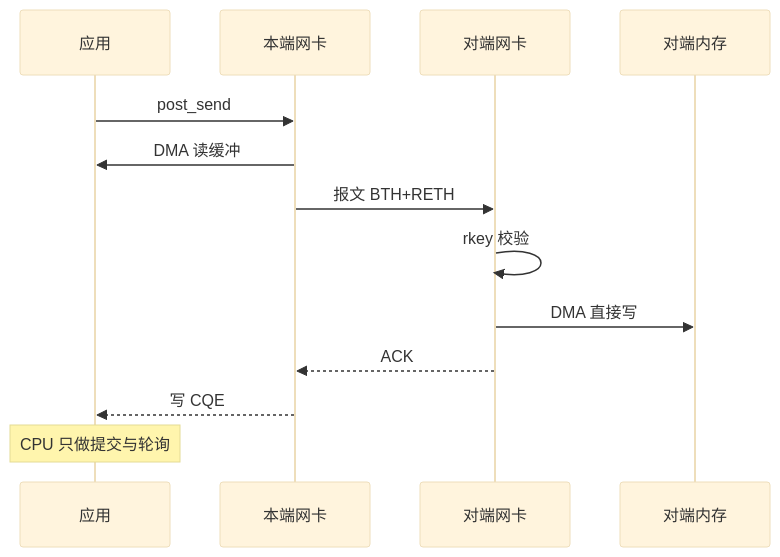
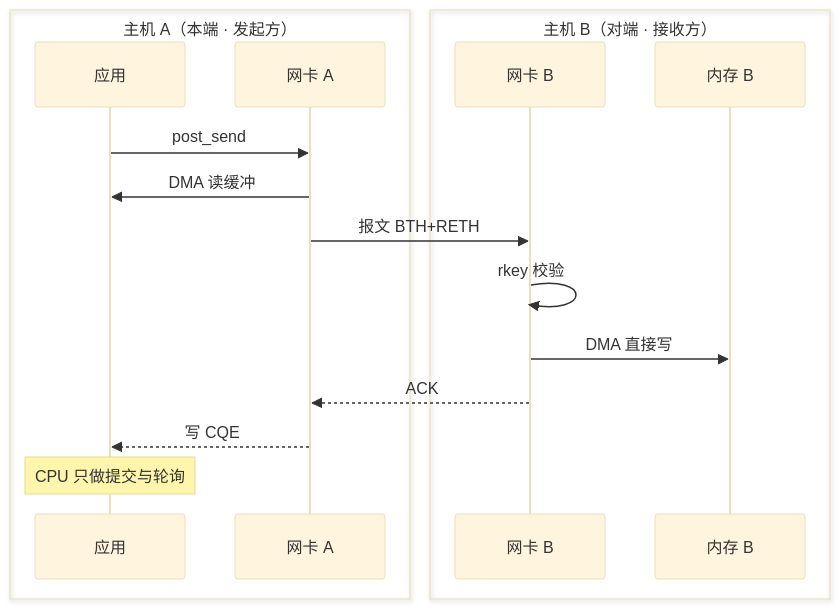
Before and after one commit to lnsyyj/lnsyyj.github.io: the fourth of 4 diagrams in _posts/2026-10-26-rdma-datapath.md, drawn with Mermaid (base theme). The commit also changed other lines of this file, not shown here.

First line of the commit message:
post(rdma): 全景图改为两台主机内部结构，固定本端/对端视角

````diff
--- a/_posts/2026-10-26-rdma-datapath.md
+++ b/_posts/2026-10-26-rdma-datapath.md
@@ -785,16 +827,20 @@
 ```mermaid
 sequenceDiagram
-    participant A as 应用
-    participant L as 本端网卡
-    participant R as 对端网卡
-    participant M as 对端内存
+    box 主机 A（本端 · 发起方）
+        participant A as 应用
+        participant L as 网卡 A
+    end
+    box 主机 B（对端 · 接收方）
+        participant R as 网卡 B
+        participant M as 内存 B
+    end
 
     A->>L: post_send
     L->>A: DMA 读缓冲
     L->>R: 报文 BTH+RETH
     R->>R: rkey 校验
     R->>M: DMA 直接写
     R-->>L: ACK
     L-->>A: 写 CQE
     Note over A: CPU 只做提交与轮询
 ```
````
